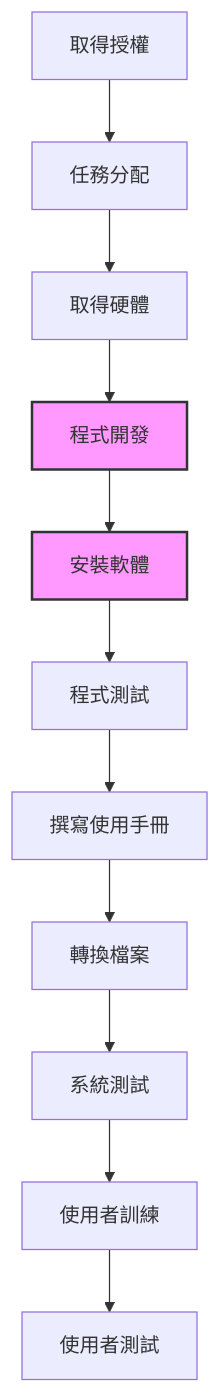
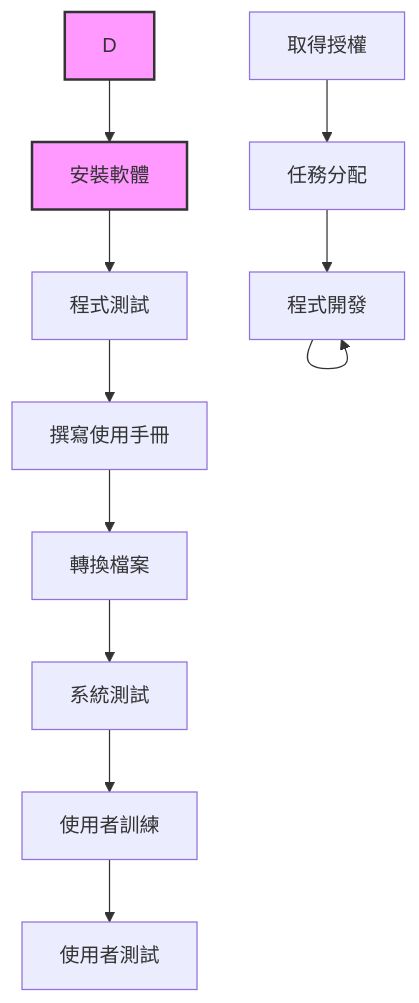
The second of 3 diagrams in hw2.md (babupersonal/homewoek-w1), drawn with Mermaid before and after one commit.

````diff
--- a/hw2.md
+++ b/hw2.md
@@ -22,17 +22,17 @@
 ```mermaid
 graph TD
     A[取得授權] --> B[任務分配]
     B --> C[取得硬體]
-    C --> D[程式開發]
+    C --> C[程式開發]
     D --> E[安裝軟體]
     E --> F[程式測試]
     F --> G[撰寫使用手冊]
     G --> H[轉換檔案]
     H --> I[系統測試]
     I --> J[使用者訓練]
     J --> K[使用者測試]
 
     style D fill:#f9f,stroke:#333,stroke-width:2px
     style E fill:#f9f,stroke:#333,stroke-width:2px
 
 ```
````
